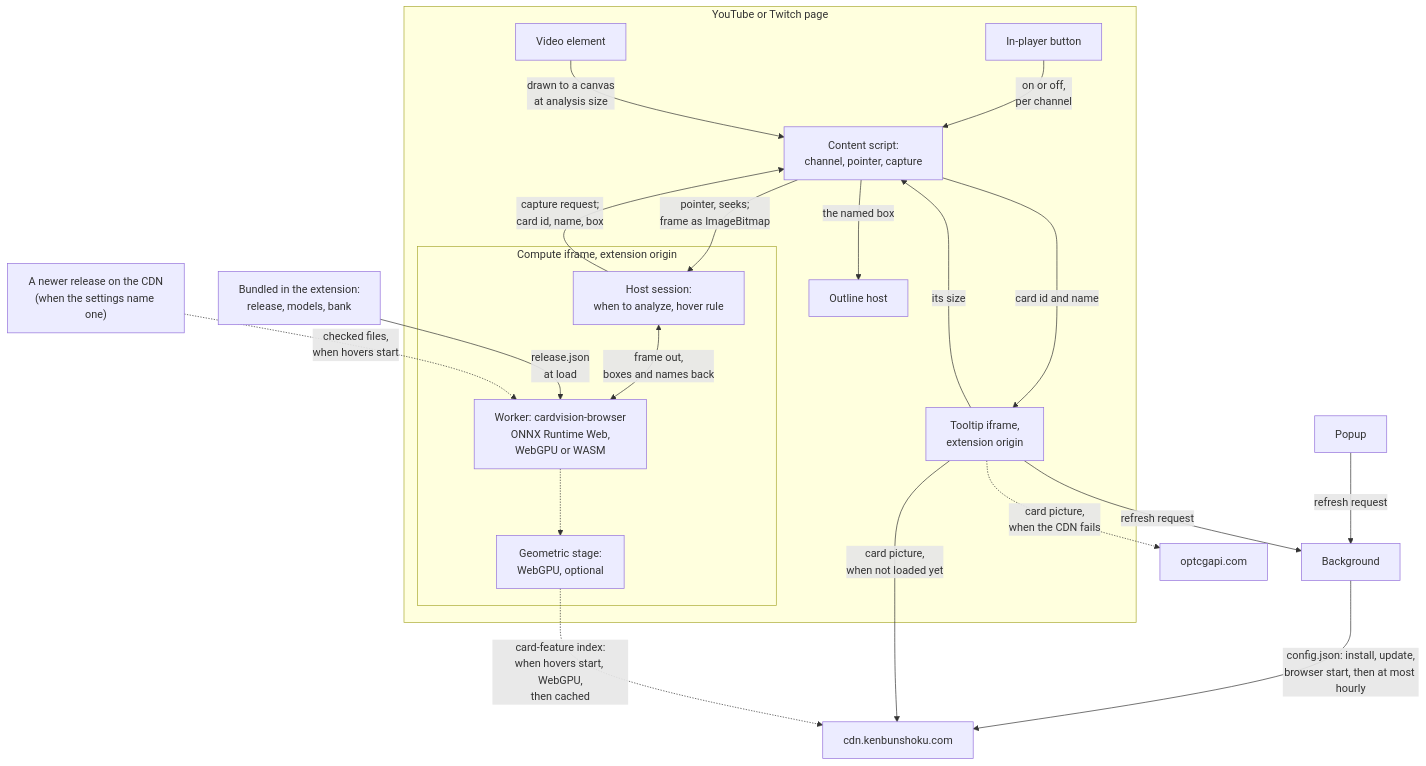
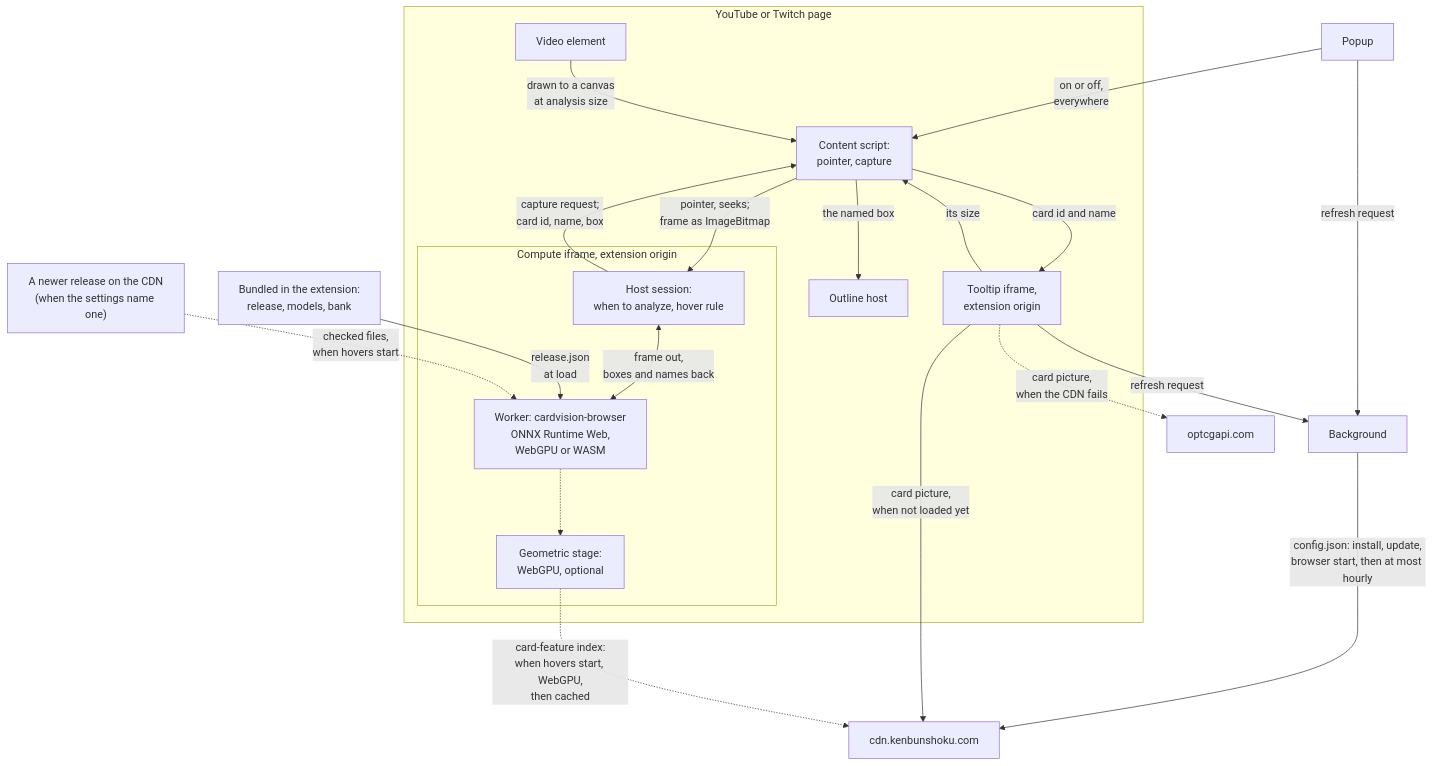
The diagram in docs/how-it-works.md (ryangswe/kenbunshoku), drawn with Mermaid before and after one commit. The commit also changed other lines of this file and 27 other files, not shown here.

First line of the commit message:
Always-on card hovers: remove the in-player button and channel opt-in (#8)

````diff
--- a/docs/how-it-works.md
+++ b/docs/how-it-works.md
@@ -36,39 +36,38 @@
 ```mermaid
 flowchart TD
     subgraph PAGE["YouTube or Twitch page"]
         VID["Video element"]
-        CS["Content script:<br/>channel, pointer, capture"]
-        BTN["In-player button"]
+        CS["Content script:<br/>pointer, capture"]
         OUT["Outline host"]
         subgraph CF["Compute iframe, extension origin"]
             HS["Host session:<br/>when to analyze, hover rule"]
             W["Worker: cardvision-browser<br/>ONNX Runtime Web,<br/>WebGPU or WASM"]
             GEO["Geometric stage:<br/>WebGPU, optional"]
         end
         TT["Tooltip iframe,<br/>extension origin"]
     end
     PKG["Bundled in the extension:<br/>release, models, bank"]
     REL["A newer release on the CDN<br/>(when the settings name one)"]
     POP["Popup"]
     BG["Background"]
     CDN["cdn.kenbunshoku.com"]
     OPT["optcgapi.com"]
 
-    BTN -- "on or off,<br/>per channel" --> CS
+    POP -- "on or off,<br/>everywhere" --> CS
     VID -- "drawn to a canvas<br/>at analysis size" --> CS
     CS -- "pointer, seeks;<br/>frame as ImageBitmap" --> HS
     HS -- "capture request;<br/>card id, name, box" --> CS
     HS <-- "frame out,<br/>boxes and names back" --> W
     PKG -- "release.json<br/>at load" --> W
     REL -. "checked files,<br/>when hovers start" .-> W
     W -.-> GEO
     CS -- "card id and name" --> TT
     TT -- "its size" --> CS
     CS -- "the named box" --> OUT
     TT -- "refresh request" --> BG
     POP -- "refresh request" --> BG
     BG -- "config.json: install, update,<br/>browser start, then at most hourly" --> CDN
     TT -- "card picture,<br/>when not loaded yet" --> CDN
     TT -. "card picture,<br/>when the CDN fails" .-> OPT
     GEO -. "card-feature index:<br/>when hovers start, WebGPU,<br/>then cached" .-> CDN
 ```
````
